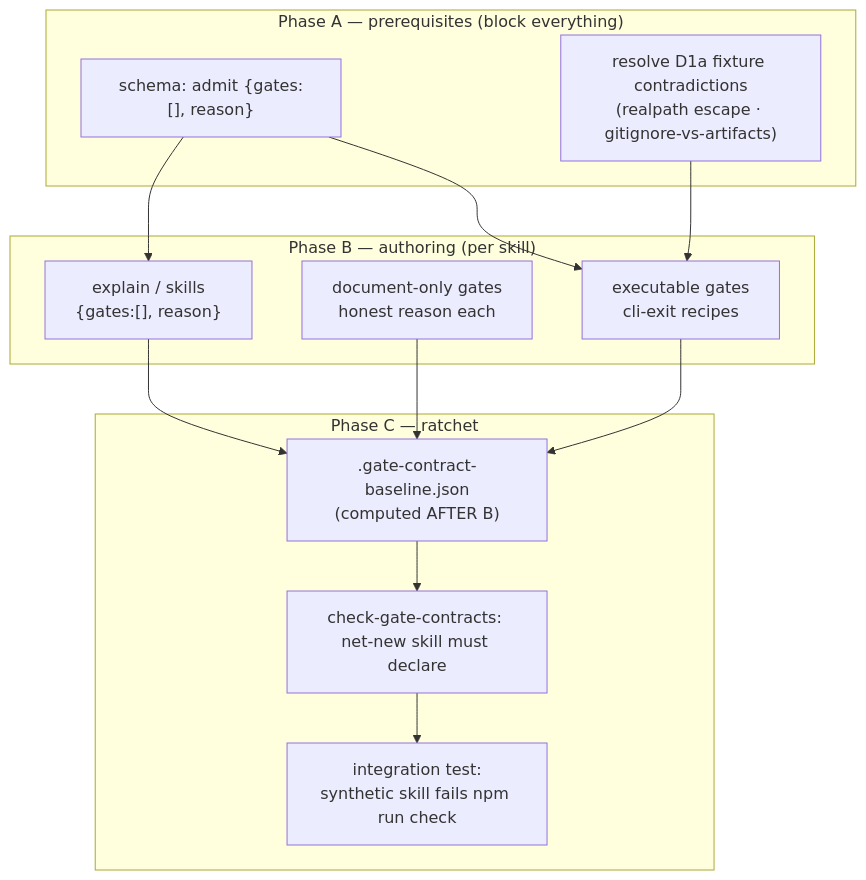
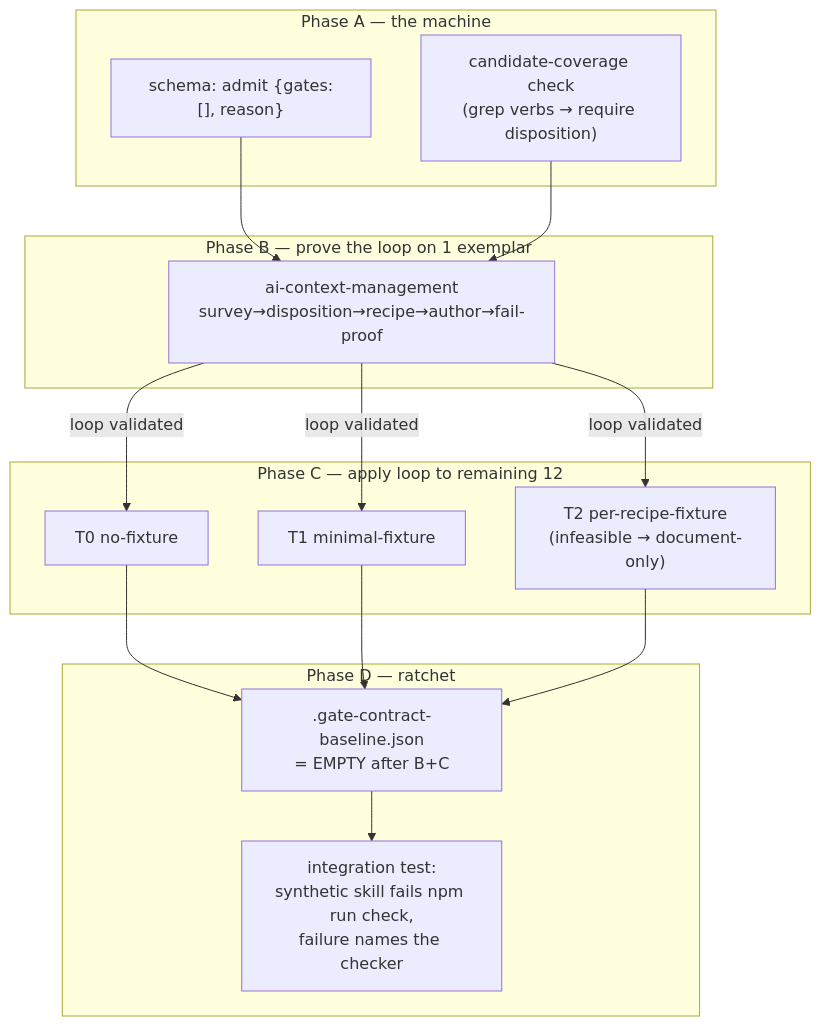
Before and after one commit to Lbstrydom/claude-engineering-skills: the diagram in docs/plans/gate-contract-authoring.md, drawn with Mermaid. The commit also changed other lines of this file, not shown here.

First line of the commit message:
docs(plan): audit gate-contract-authoring — 3 rounds reshaped the design

````diff
--- a/docs/plans/gate-contract-authoring.md
+++ b/docs/plans/gate-contract-authoring.md
@@ -84,24 +84,23 @@
 ```mermaid
 graph TD
-  subgraph "Phase A — prerequisites (block everything)"
+  subgraph "Phase A — the machine"
     S["schema: admit {gates:[], reason}"]
-    F["resolve D1a fixture contradictions<br/>(realpath escape · gitignore-vs-artifacts)"]
+    CC["candidate-coverage check<br/>(grep verbs → require disposition)"]
   end
-  subgraph "Phase B — authoring (per skill)"
-    E["executable gates<br/>cli-exit recipes"]
-    D["document-only gates<br/>honest reason each"]
-    N["explain / skills<br/>{gates:[], reason}"]
+  subgraph "Phase B — prove the loop on 1 exemplar"
+    EX["ai-context-management<br/>survey→disposition→recipe→author→fail-proof"]
   end
-  subgraph "Phase C — ratchet"
-    BL[".gate-contract-baseline.json<br/>(computed AFTER B)"]
-    R["check-gate-contracts: net-new skill must declare"]
-    IT["integration test:<br/>synthetic skill fails npm run check"]
+  subgraph "Phase C — apply loop to remaining 12"
+    T0["T0 no-fixture"]
+    T1["T1 minimal-fixture"]
+    T2["T2 per-recipe-fixture<br/>(infeasible → document-only)"]
   end
-  S --> E
-  S --> N
-  F --> E
-  E --> BL
-  D --> BL
-  N --> BL
-  BL --> R --> IT
+  subgraph "Phase D — ratchet"
+    BL[".gate-contract-baseline.json<br/>= EMPTY after B+C"]
+    IT["integration test:<br/>synthetic skill fails npm run check,<br/>failure names the checker"]
+  end
+  S --> EX
+  CC --> EX
+  EX -->|"loop validated"| T0 & T1 & T2
+  T0 & T1 & T2 --> BL --> IT
 ```
````
